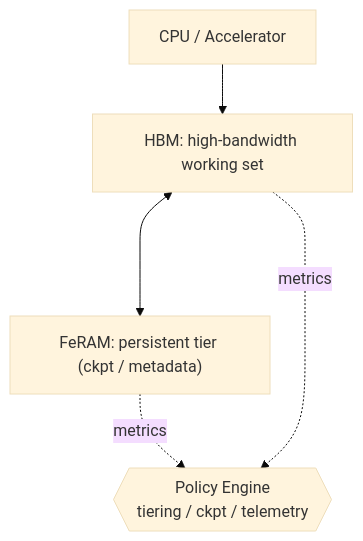
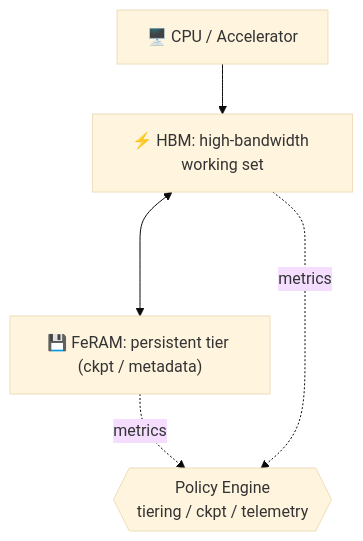
The first of 2 diagrams in d_chapter1_memory_technologies/hbm_feram.md (Samizo-AITL/Edusemi-v4x), drawn with Mermaid (base theme) before and after one commit. The commit also changed other lines of this file, not shown here.

````diff
--- a/d_chapter1_memory_technologies/hbm_feram.md
+++ b/d_chapter1_memory_technologies/hbm_feram.md
@@ -34,12 +38,12 @@
 ```mermaid
 flowchart TD
-  CPU["CPU / Accelerator"]
-  HBM["HBM: high-bandwidth working set"]
-  NV["FeRAM: persistent tier (ckpt / metadata)"]
+  CPU["🖥️ CPU / Accelerator"]
+  HBM["⚡ HBM: high-bandwidth working set"]
+  NV["💾 FeRAM: persistent tier (ckpt / metadata)"]
 
   CPU --> HBM
   HBM <---> NV
   note1{{Policy Engine<br/>tiering / ckpt / telemetry}}
   NV -. metrics .-> note1
   HBM -. metrics .-> note1
 ```
````
